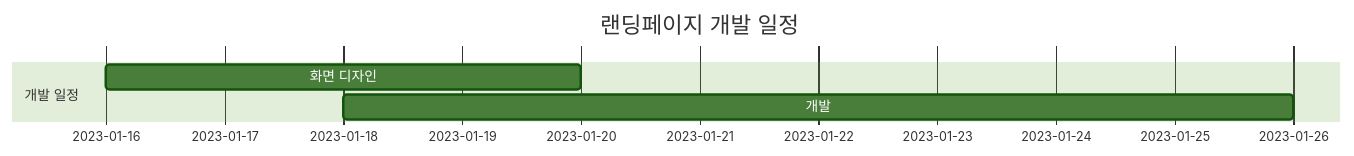
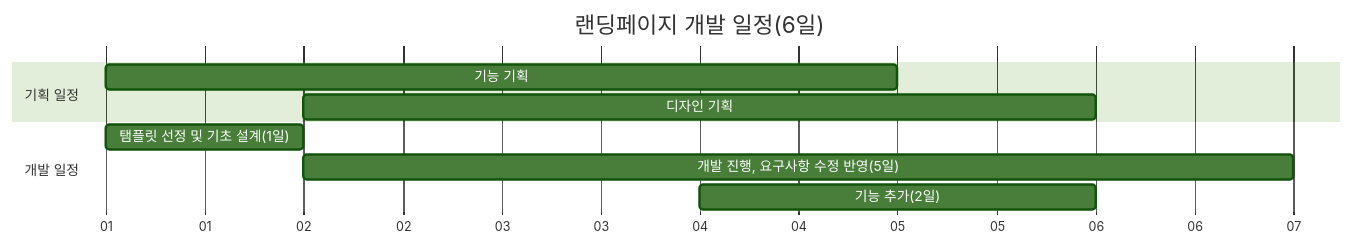
One commit to isckd/Team3_konawa changed the diagram in README.md. Above: the diagram before and after it, drawn with Mermaid (forest theme). The commit also changed other lines of this file, not shown here.

````diff
--- a/README.md
+++ b/README.md
@@ -44,8 +77,14 @@
 ```mermaid
     gantt
-    title 랜딩페이지 개발 일정
+    axisformat %d
+    title 랜딩페이지 개발 일정(6일)
+    section 기획 일정
+    기능 기획      :a1, 01-01, 4d
+    디자인 기획      :a2, 01-02, 4d
     section 개발 일정
-    화면 디자인  : a1, 2023-01-16, 4d
-    개발  : a2, 2023-01-18, 8d
+    탬플릿 선정 및 기초 설계(1일)   : b1, 01-01, 1d
+    개발 진행, 요구사항 수정 반영(5일)      : b2, 01-02, 5d
+    기능 추가(2일)                        : b3, 01-04, 2d
+    
  
 ```
````
